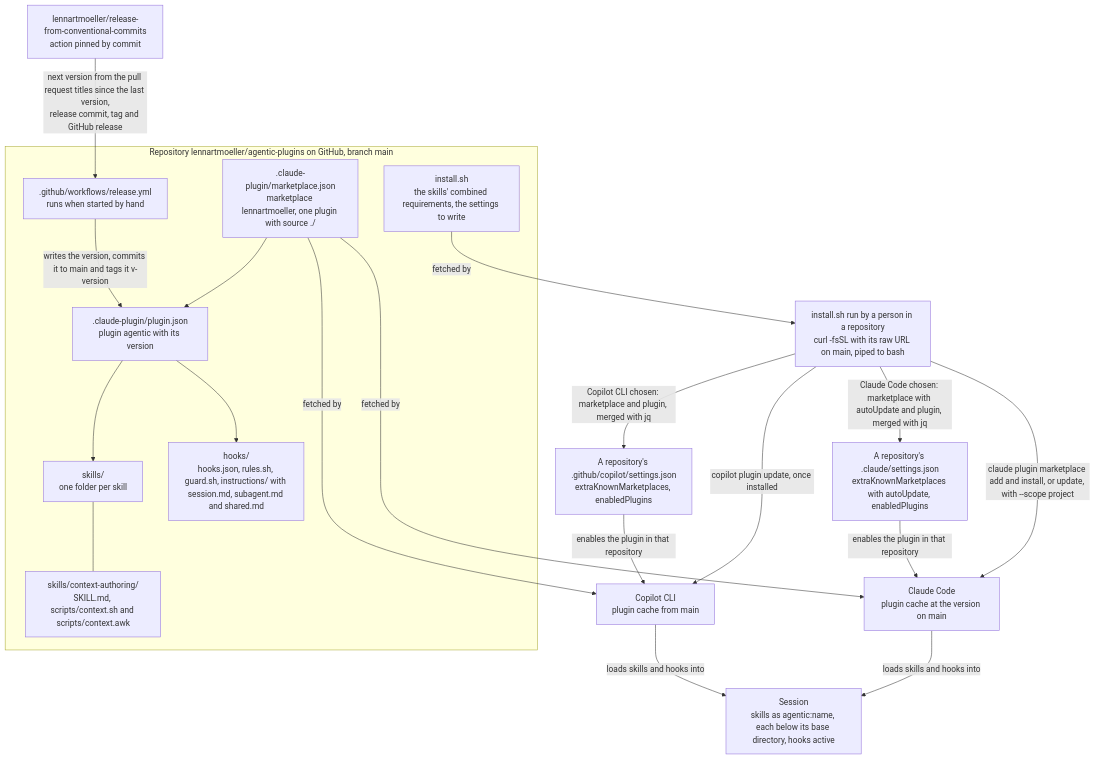
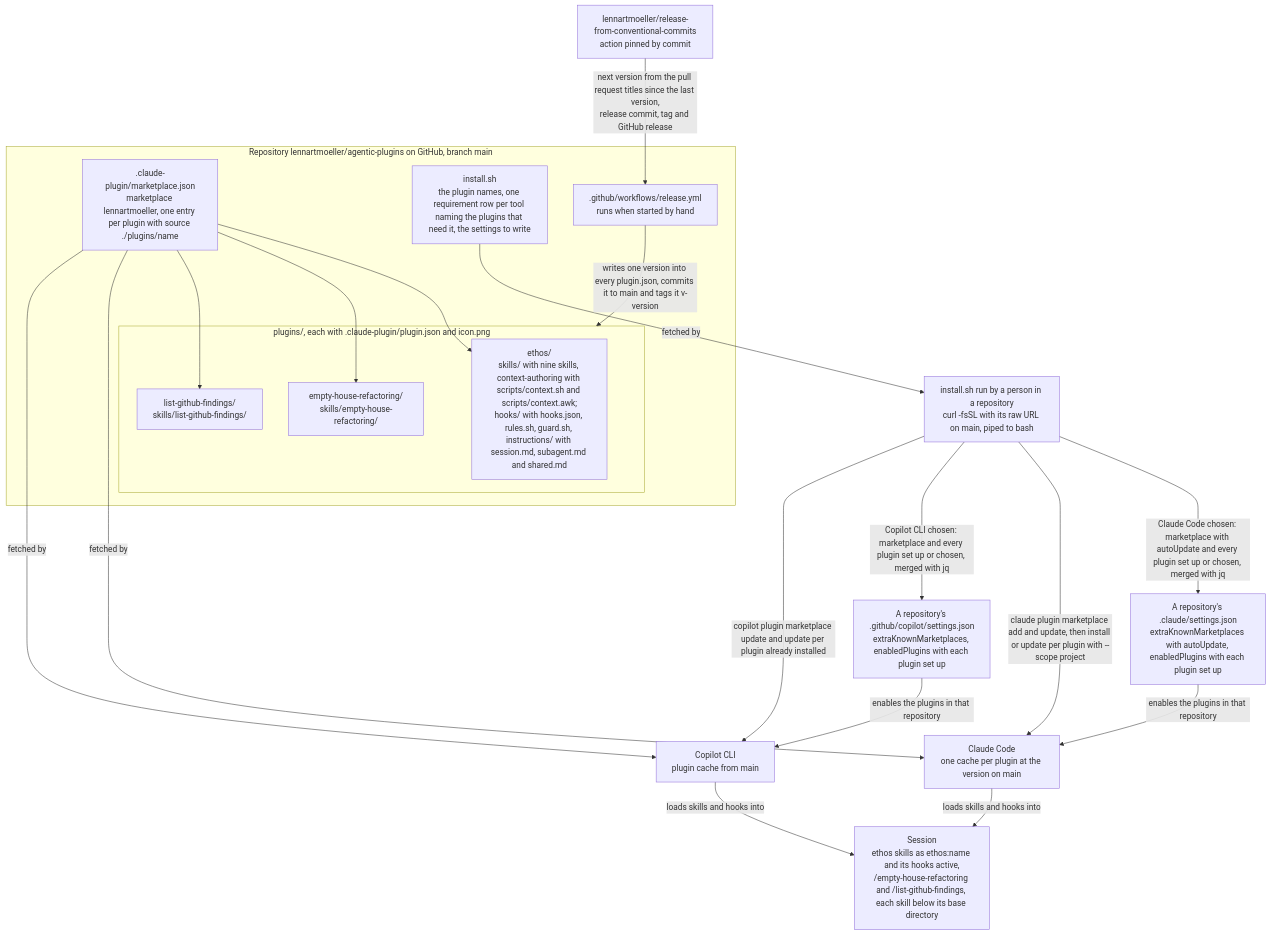
Before and after one commit to lennartmoeller/agentic-plugins: the diagram in docs/contract/distribution.md, drawn with Mermaid. The commit also changed other lines of this file and 57 other files, not shown here.

````diff
--- a/docs/contract/distribution.md
+++ b/docs/contract/distribution.md
@@ -3,39 +3,39 @@
 ```mermaid
 flowchart TD
     subgraph repository["Repository lennartmoeller/agentic-plugins on GitHub, branch main"]
-        marketplace[".claude-plugin/marketplace.json<br/>marketplace lennartmoeller, one plugin with source ./"]
-        manifest[".claude-plugin/plugin.json<br/>plugin agentic with its version"]
-        skills["skills/<br/>one folder per skill"]
-        contextskill["skills/context-authoring/<br/>SKILL.md, scripts/context.sh and scripts/context.awk"]
-        hooks["hooks/<br/>hooks.json, rules.sh, guard.sh, instructions/ with session.md, subagent.md and shared.md"]
-        installer["install.sh<br/>the skills' combined requirements, the settings to write"]
+        marketplace[".claude-plugin/marketplace.json<br/>marketplace lennartmoeller, one entry per plugin with source ./plugins/name"]
+        subgraph plugins["plugins/, each with .claude-plugin/plugin.json and icon.png"]
+            ethos["ethos/<br/>skills/ with nine skills, context-authoring with scripts/context.sh and scripts/context.awk;<br/>hooks/ with hooks.json, rules.sh, guard.sh, instructions/ with session.md, subagent.md and shared.md"]
+            house["empty-house-refactoring/<br/>skills/empty-house-refactoring/"]
+            findings["list-github-findings/<br/>skills/list-github-findings/"]
+        end
+        installer["install.sh<br/>the plugin names, one requirement row per tool naming the plugins that need it, the settings to write"]
         release[".github/workflows/release.yml<br/>runs when started by hand"]
-        marketplace --> manifest
-        manifest --> skills
-        skills --- contextskill
-        manifest --> hooks
-        release -->|"writes the version, commits it to main and tags it v-version"| manifest
+        marketplace --> ethos
+        marketplace --> house
+        marketplace --> findings
+        release -->|"writes one version into every plugin.json, commits it to main and tags it v-version"| plugins
     end
 
     action["lennartmoeller/release-from-conventional-commits<br/>action pinned by commit"]
     action -->|"next version from the pull request titles since the last version,<br/>release commit, tag and GitHub release"| release
 
-    claudesettings["A repository's .claude/settings.json<br/>extraKnownMarketplaces with autoUpdate, enabledPlugins"]
-    copilotsettings["A repository's .github/copilot/settings.json<br/>extraKnownMarketplaces, enabledPlugins"]
-    claude["Claude Code<br/>plugin cache at the version on main"]
+    claudesettings["A repository's .claude/settings.json<br/>extraKnownMarketplaces with autoUpdate, enabledPlugins with each plugin set up"]
+    copilotsettings["A repository's .github/copilot/settings.json<br/>extraKnownMarketplaces, enabledPlugins with each plugin set up"]
+    claude["Claude Code<br/>one cache per plugin at the version on main"]
     copilot["Copilot CLI<br/>plugin cache from main"]
-    session["Session<br/>skills as agentic:name, each below its base directory, hooks active"]
+    session["Session<br/>ethos skills as ethos:name and its hooks active,<br/>/empty-house-refactoring and /list-github-findings, each skill below its base directory"]
     run["install.sh run by a person in a repository<br/>curl -fsSL with its raw URL on main, piped to bash"]
 
     installer -->|"fetched by"| run
-    run -->|"Claude Code chosen: marketplace with autoUpdate and plugin, merged with jq"| claudesettings
-    run -->|"claude plugin marketplace add and install, or update, with --scope project"| claude
-    run -->|"Copilot CLI chosen: marketplace and plugin, merged with jq"| copilotsettings
-    run -->|"copilot plugin update, once installed"| copilot
+    run -->|"Claude Code chosen: marketplace with autoUpdate and every plugin set up or chosen, merged with jq"| claudesettings
+    run -->|"claude plugin marketplace add and update, then install or update per plugin with --scope project"| claude
+    run -->|"Copilot CLI chosen: marketplace and every plugin set up or chosen, merged with jq"| copilotsettings
+    run -->|"copilot plugin marketplace update and update per plugin already installed"| copilot
     marketplace -->|"fetched by"| claude
     marketplace -->|"fetched by"| copilot
-    claudesettings -->|"enables the plugin in that repository"| claude
-    copilotsettings -->|"enables the plugin in that repository"| copilot
+    claudesettings -->|"enables the plugins in that repository"| claude
+    copilotsettings -->|"enables the plugins in that repository"| copilot
     claude -->|"loads skills and hooks into"| session
     copilot -->|"loads skills and hooks into"| session
 ```
````
